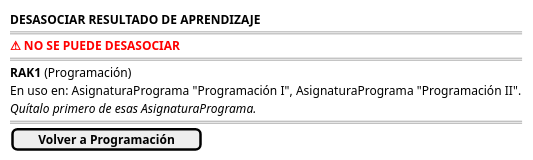
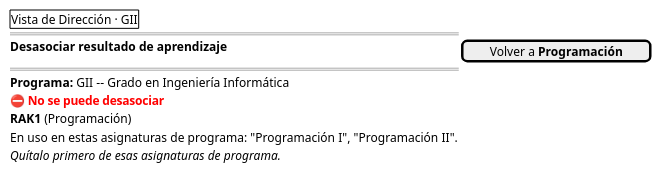
Before and after one commit to mmasias/pyCeldaPublico: the first of 2 diagrams in RUP/01-requisitos/03-detalle-casos-uso/desasociarResultadoAprendizajeAMateria/wireframes.puml, drawn with PlantUML. The commit also changed other lines of this file and 353 other files, not shown here.

```diff
--- a/RUP/01-requisitos/03-detalle-casos-uso/desasociarResultadoAprendizajeAMateria/wireframes.puml
+++ b/RUP/01-requisitos/03-detalle-casos-uso/desasociarResultadoAprendizajeAMateria/wireframes.puml
@@ -1,15 +1,13 @@
 @startsalt desasociarResultadoAprendizajeAMateria-wireframe-bloqueada
 {
-    <b>DESASOCIAR RESULTADO DE APRENDIZAJE</b>
+    {+ Vista de Dirección · GII }
     ====
-    <color:red><b>⚠ NO SE PUEDE DESASOCIAR</b></color>
+    <b>Desasociar resultado de aprendizaje</b> | [ Volver a <b>Programación</b> ]
     ====
+    <b>Programa:</b> GII -- Grado en Ingeniería Informática
+    <color:red><b>⛔ No se puede desasociar</b></color>
     <b>RAK1</b> (Programación)
-
-    En uso en: AsignaturaPrograma "Programación I", AsignaturaPrograma "Programación II".
-
-    <i>Quítalo primero de esas AsignaturaPrograma.</i>
-    ====
-    [ <b>Volver a Programación</b> ]
+    En uso en estas asignaturas de programa: "Programación I", "Programación II".
+    <i>Quítalo primero de esas asignaturas de programa.</i>
 }
 @endsalt
```
